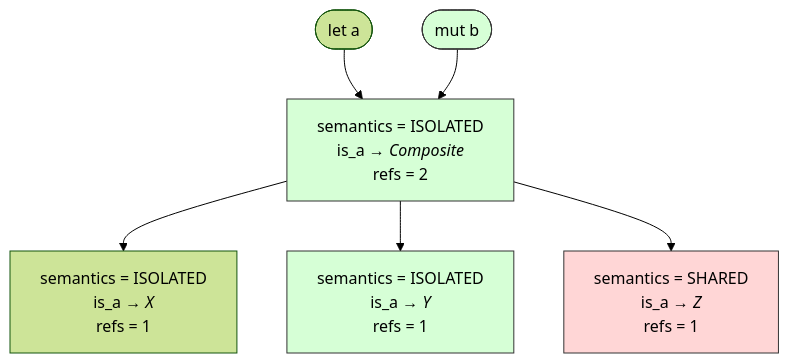
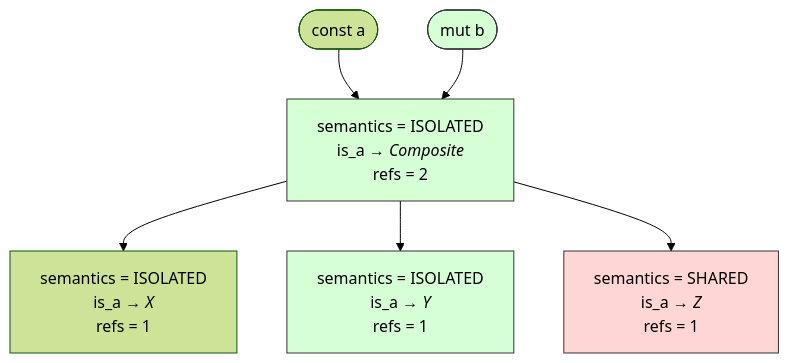
Before and after one commit to clawrlang/clawr-concept: the third of 5 diagrams in documentation/semantics.md, drawn with Mermaid (forest theme). The commit also changed other lines of this file and 24 other files, not shown here.

Commit message:
Replace `let` with `const`

````diff
--- a/documentation/semantics.md
+++ b/documentation/semantics.md
@@ -100,29 +100,29 @@
 ```mermaid
 flowchart
-a([let a]) --> ab_mem
+a([const a]) --> ab_mem
 b([mut b]) --> ab_mem
 
 ab_mem["`semantics = ISOLATED
 is_a → *Composite*
 refs = 2`"]
 
 ab_mem --> x_mem
 ab_mem --> y_mem
 ab_mem --> z_mem
 
 x_mem["`semantics = ISOLATED
 is_a → *X*
 refs = 1`"]
 y_mem["`semantics = ISOLATED
 is_a → *Y*
 refs = 1`"]
 z_mem["`semantics = SHARED
 is_a → *Z*
 refs = 1`"]
 
 classDef ref  fill:#ffd6d6,stroke:#333,stroke-width:1px,color:black;
 class z_mem ref;
 
 classDef modified  fill:#d6ffd6,stroke:#333,stroke-width:1px,color:black;
 class b,ab_mem,y_mem modified
 ```
````
